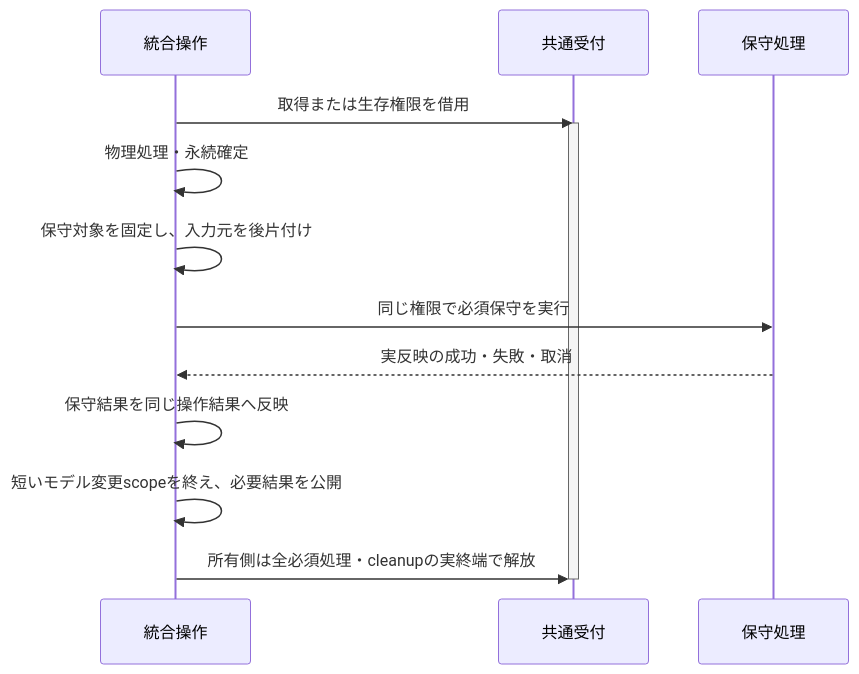
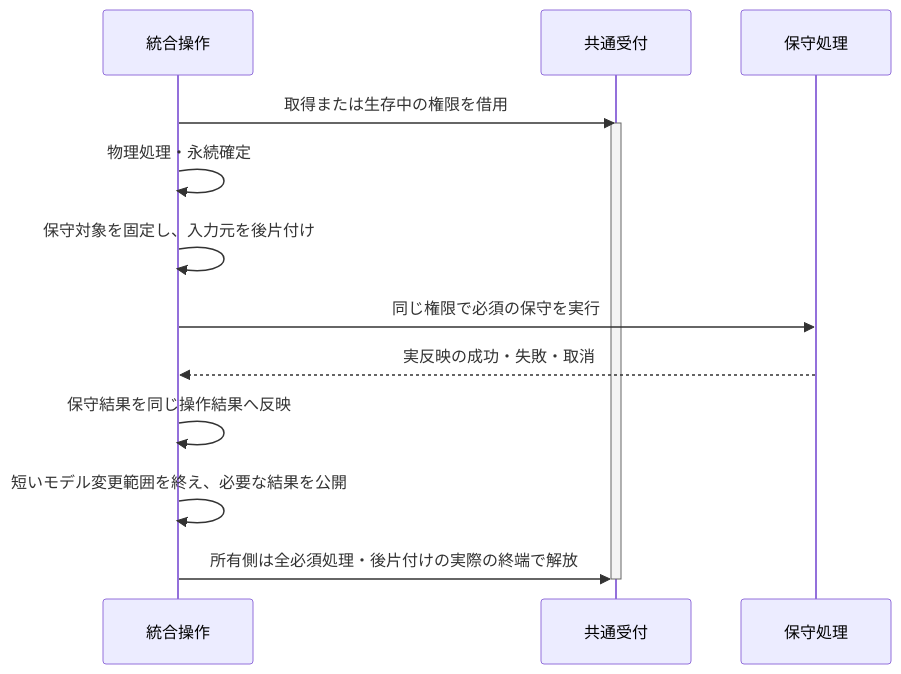
One commit to Neeted/bemusicseeker-unofficial-fork changed the second of 2 diagrams in devdocs/spec/library/mutations.md. Above: the diagram before and after it, drawn with Mermaid. The commit also changed other lines of this file and 106 other files, not shown here.

````diff
--- a/devdocs/spec/library/mutations.md
+++ b/devdocs/spec/library/mutations.md
@@ -227,16 +361,16 @@
 ```mermaid
 sequenceDiagram
     participant Operation as 統合操作
     participant Admission as 共通受付
     participant Maintenance as 保守処理
-    Operation->>Admission: 取得または生存権限を借用
+    Operation->>Admission: 取得または生存中の権限を借用
     activate Admission
     Operation->>Operation: 物理処理・永続確定
     Operation->>Operation: 保守対象を固定し、入力元を後片付け
-    Operation->>Maintenance: 同じ権限で必須保守を実行
+    Operation->>Maintenance: 同じ権限で必須の保守を実行
     Maintenance-->>Operation: 実反映の成功・失敗・取消
     Operation->>Operation: 保守結果を同じ操作結果へ反映
-    Operation->>Operation: 短いモデル変更scopeを終え、必要結果を公開
-    Operation->>Admission: 所有側は全必須処理・cleanupの実終端で解放
+    Operation->>Operation: 短いモデル変更範囲を終え、必要な結果を公開
+    Operation->>Admission: 所有側は全必須処理・後片付けの実際の終端で解放
     deactivate Admission
 ```
````
